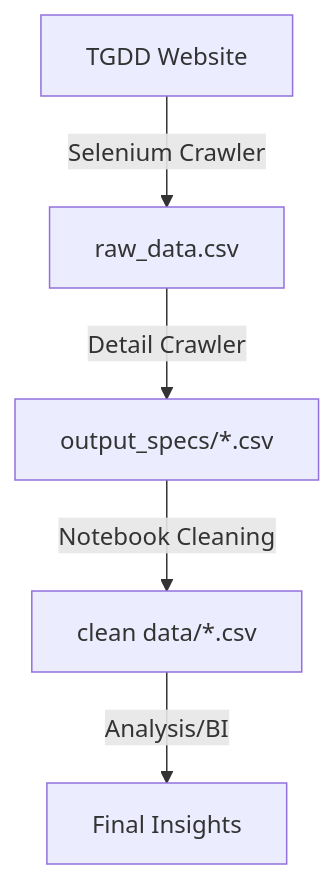
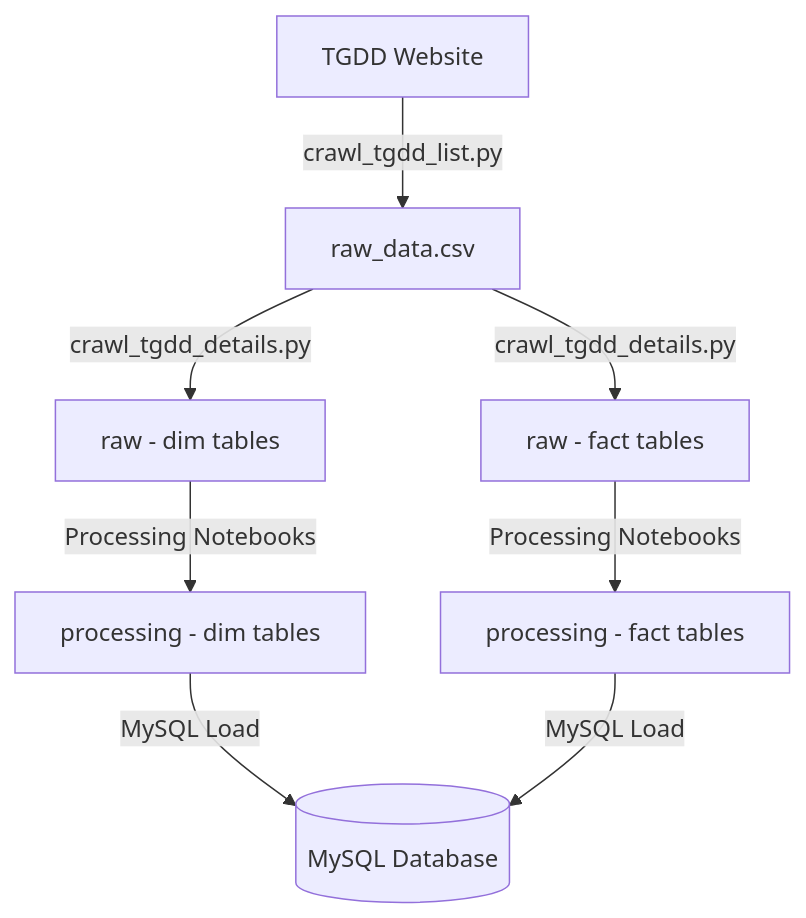
One commit to hoangf384/crawling-data changed the first of 2 diagrams in README.md. Above: the diagram before and after it, drawn with Mermaid. The commit also changed other lines of this file and 1 other file, not shown here.

````diff
--- a/README.md
+++ b/README.md
@@ -29,7 +53,9 @@
 ```mermaid
 graph TD
-    A[TGDD Website] -->|Selenium Crawler| B[raw_data.csv]
-    B -->|Detail Crawler| C[output_specs/*.csv]
-    C -->|Notebook Cleaning| D[clean data/*.csv]
-    D -->|Analysis/BI| E[Final Insights]
+    A[TGDD Website] -->|crawl_tgdd_list.py| B[raw_data.csv]
+    B -->|crawl_tgdd_details.py| C[raw - dim tables]
+    B -->|crawl_tgdd_details.py| D[raw - fact tables]
+    C -->|Processing Notebooks| E[processing - dim tables]
+    D -->|Processing Notebooks| F[processing - fact tables]
+    E & F -->|MySQL Load| G[(MySQL Database)]
 ```
````
